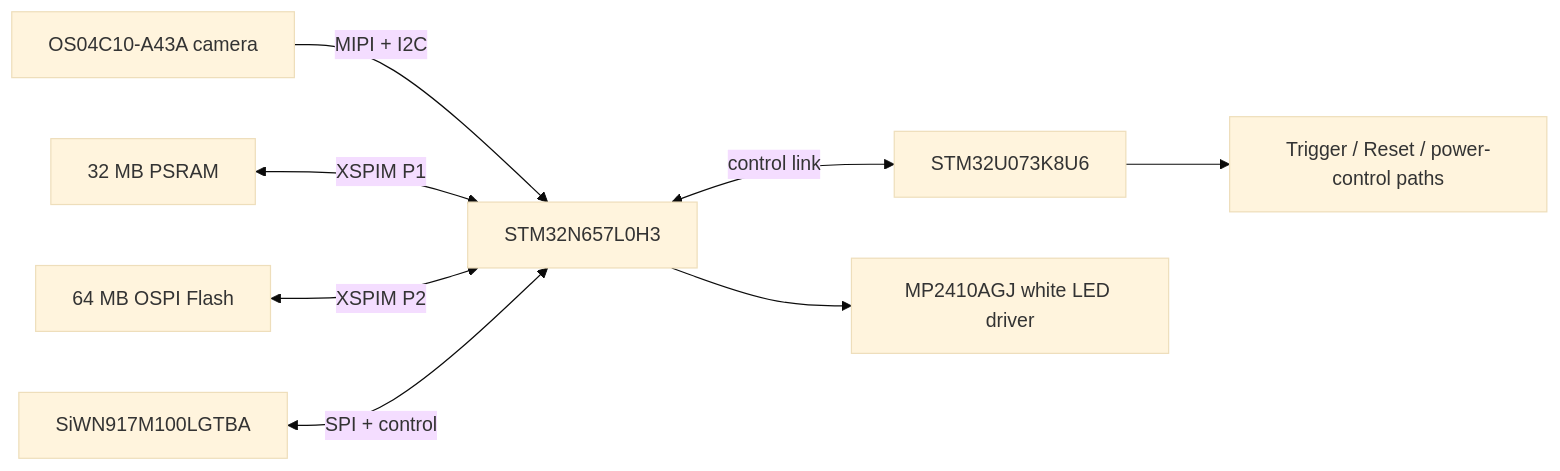
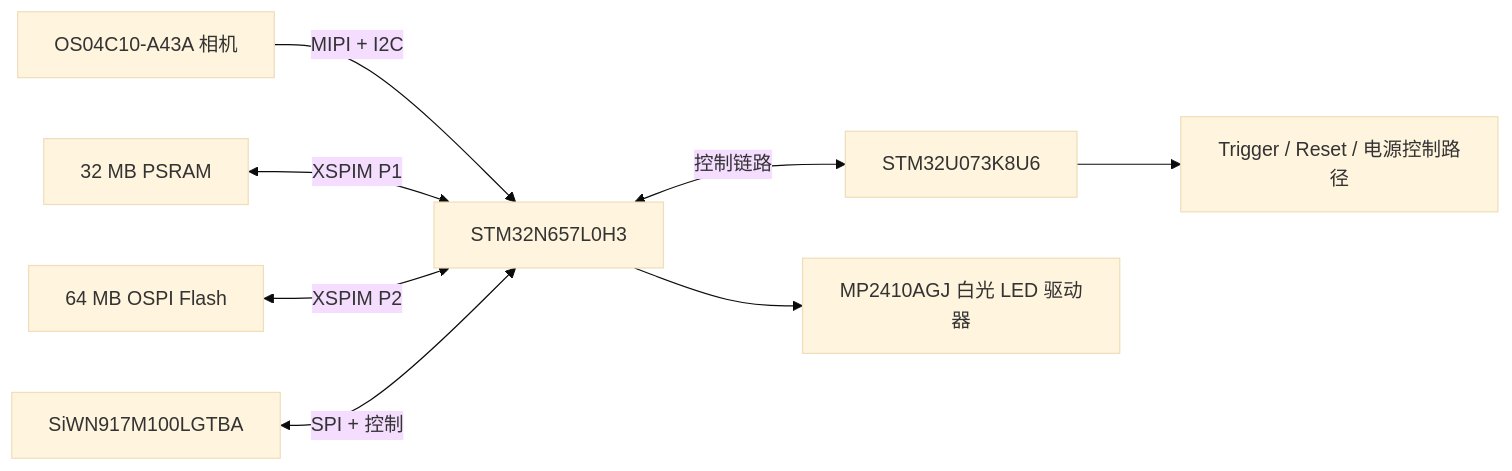
Before and after one commit to luommy/wiki-documents: the diagram in docs/8-neoeyes-ne302-series/3-hardware-guide/0-components-overview.md, drawn with Mermaid (base theme). The commit also changed other lines of this file and 72 other files, not shown here.

````diff
--- a/docs/8-neoeyes-ne302-series/3-hardware-guide/0-components-overview.md
+++ b/docs/8-neoeyes-ne302-series/3-hardware-guide/0-components-overview.md
@@ -38,10 +38,10 @@
 ```mermaid
 flowchart LR
-  CAM[OS04C10-A43A camera] -->|MIPI + I2C| N6[STM32N657L0H3]
+  CAM[OS04C10-A43A 相机] -->|MIPI + I2C| N6[STM32N657L0H3]
   PSRAM[32 MB PSRAM] <-->|XSPIM P1| N6
   FLASH[64 MB OSPI Flash] <-->|XSPIM P2| N6
-  WIFI[SiWN917M100LGTBA] <-->|SPI + control| N6
-  N6 <-->|control link| U0[STM32U073K8U6]
-  U0 --> CTRL[Trigger / Reset / power-control paths]
-  N6 --> LED[MP2410AGJ white LED driver]
+  WIFI[SiWN917M100LGTBA] <-->|SPI + 控制| N6
+  N6 <-->|控制链路| U0[STM32U073K8U6]
+  U0 --> CTRL[Trigger / Reset / 电源控制路径]
+  N6 --> LED[MP2410AGJ 白光 LED 驱动器]
 ```
````
